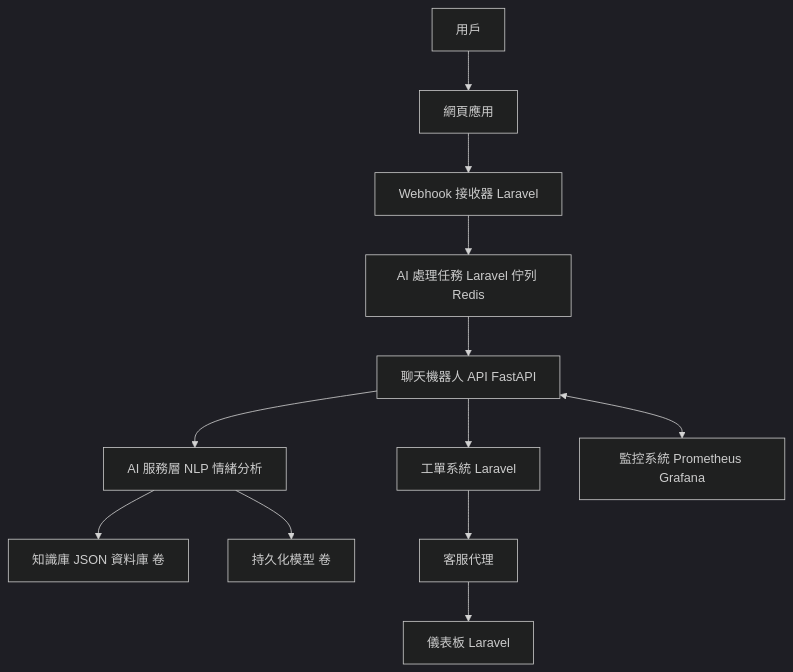
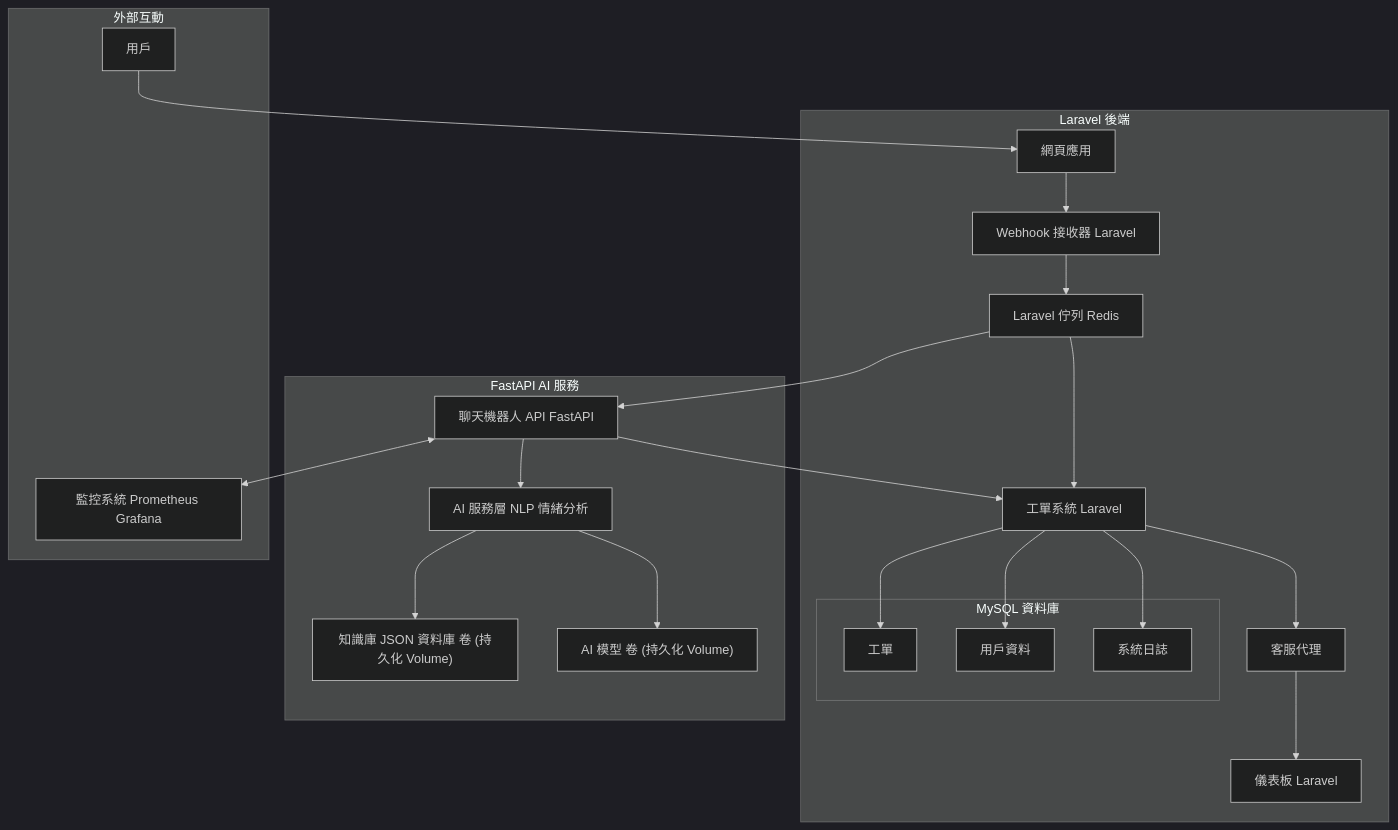
Before and after one commit to BpsEason/smart-customer-support-system: the diagram in README.md, drawn with Mermaid (dark theme).

````diff
--- a/README.md
+++ b/README.md
@@ -33,14 +33,33 @@
 ```mermaid
 graph TD
-    A["用戶"] --> B["網頁應用"]
-    B --> C["Webhook 接收器 Laravel"]
-    C --> D["AI 處理任務 Laravel 佇列 Redis"]
-    D --> E["聊天機器人 API FastAPI"]
-    E --> F["AI 服務層 NLP 情緒分析"]
-    F --> G["知識庫 JSON 資料庫 卷"]
-    F --> H["持久化模型 卷"]
-    E --> I["工單系統 Laravel"]
-    I --> J["客服代理"]
-    J --> K["儀表板 Laravel"]
-    E <--> L["監控系統 Prometheus Grafana"]
+    subgraph Laravel 後端
+        B["網頁應用"] --> C["Webhook 接收器 Laravel"]
+        C --> D["Laravel 佇列 Redis"]
+        D --> I["工單系統 Laravel"]
+        I --> J["客服代理"]
+        J --> K["儀表板 Laravel"]
+        subgraph MySQL 資料庫
+            M1["工單"]
+            M2["用戶資料"]
+            M3["系統日誌"]
+        end
+        I --> M1
+        I --> M2
+        I --> M3
+    end
+
+    subgraph FastAPI AI 服務
+        E["聊天機器人 API FastAPI"] --> F["AI 服務層 NLP 情緒分析"]
+        F --> G["知識庫 JSON 資料庫 卷 (持久化 Volume)"]
+        F --> H["AI 模型 卷 (持久化 Volume)"]
+        D --> E
+    end
+
+    subgraph 外部互動
+        A["用戶"] --> B
+        L["監控系統 Prometheus Grafana"]
+    end
+
+    E <--> L
+    E --> I
 ```
````
